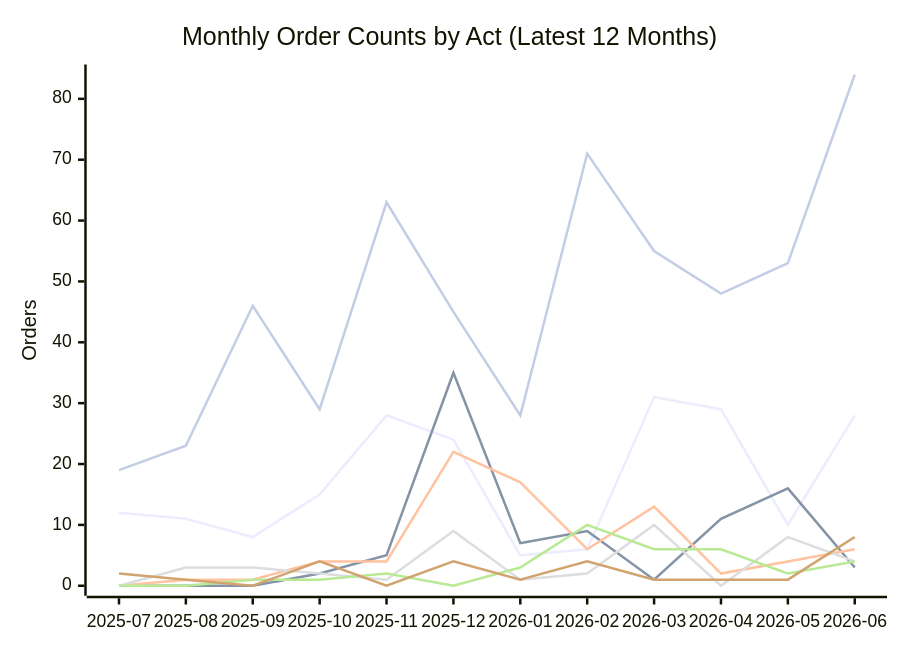
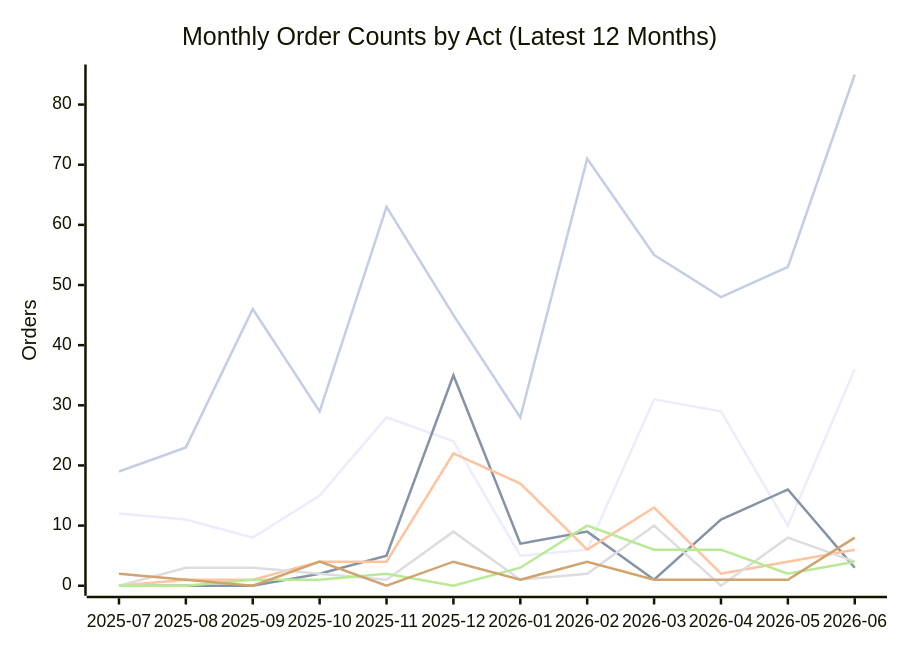
One commit to PatLittle/oic-data changed the second of 2 diagrams in README.md. Above: the diagram before and after it, drawn with Mermaid. The commit also changed other lines of this file and 19 other files, not shown here.

````diff
--- a/README.md
+++ b/README.md
@@ -71,13 +71,13 @@
 ```mermaid
 xychart-beta
     title "Monthly Order Counts by Act (Latest 12 Months)"
     x-axis ["2025-07", "2025-08", "2025-09", "2025-10", "2025-11", "2025-12", "2026-01", "2026-02", "2026-03", "2026-04", "2026-05", "2026-06"]
-    y-axis "Orders" 0 --> 84
-    line [12, 11, 8, 15, 28, 24, 5, 6, 31, 29, 10, 28]
+    y-axis "Orders" 0 --> 85
+    line [12, 11, 8, 15, 28, 24, 5, 6, 31, 29, 10, 36]
     line [0, 0, 0, 2, 5, 35, 7, 9, 1, 11, 16, 3]
     line [0, 1, 1, 4, 4, 22, 17, 6, 13, 2, 4, 6]
     line [0, 3, 3, 2, 1, 9, 1, 2, 10, 0, 8, 4]
     line [0, 0, 1, 1, 2, 0, 3, 10, 6, 6, 2, 4]
     line [2, 1, 0, 4, 0, 4, 1, 4, 1, 1, 1, 8]
-    line [19, 23, 46, 29, 63, 45, 28, 71, 55, 48, 53, 84]
+    line [19, 23, 46, 29, 63, 45, 28, 71, 55, 48, 53, 85]
 ```
````
